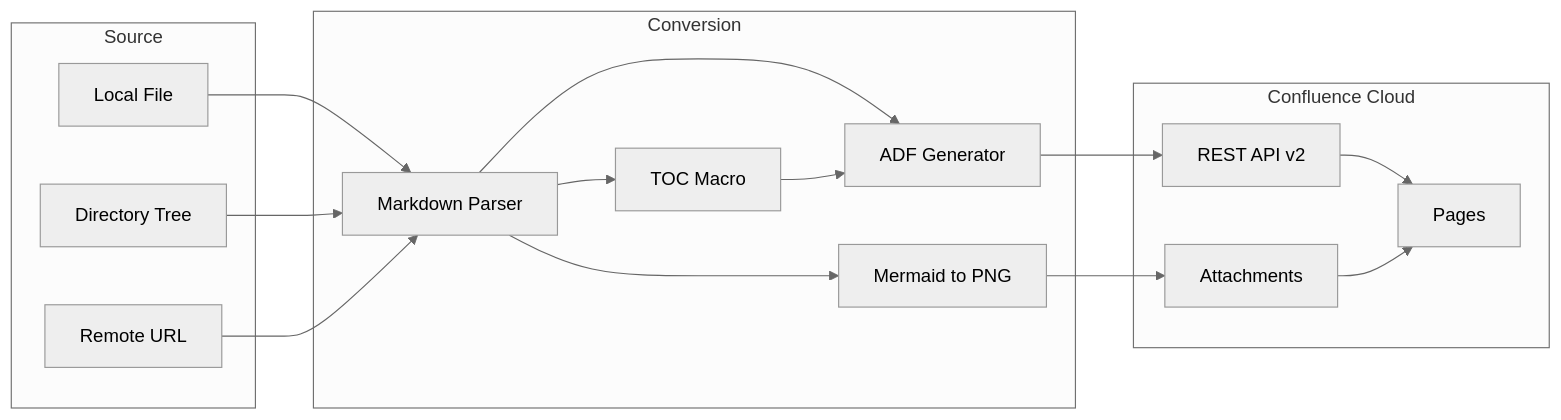
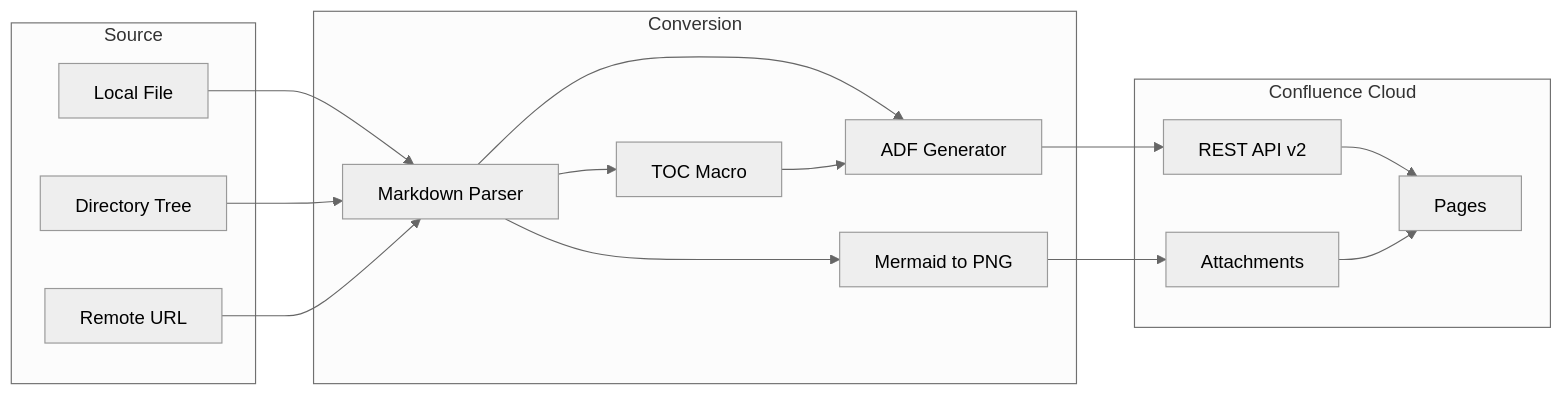
One commit to sujeet-pro/sujeet-pro.github.io changed the diagram in content/projects/md2cf/architecture.mermaid. Above: the diagram before and after it, drawn with Mermaid (neutral theme). The commit also changed 89 other files, not shown here.

```diff
--- a/content/projects/md2cf/architecture.mermaid
+++ b/content/projects/md2cf/architecture.mermaid
@@ -1,31 +1,32 @@
+%%{init: {'htmlLabels': false}}%%
 graph LR
   subgraph Source["Source"]
     File["Local File"]
     Dir["Directory Tree"]
     URL["Remote URL"]
   end
 
   subgraph Convert["Conversion"]
     Parse["Markdown Parser"]
     ADF["ADF Generator"]
     MermaidRender["Mermaid to PNG"]
     TOC["TOC Macro"]
   end
 
   subgraph Publish["Confluence Cloud"]
     API["REST API v2"]
     Pages["Pages"]
     Attach["Attachments"]
   end
 
   File --> Parse
   Dir --> Parse
   URL --> Parse
   Parse --> ADF
   Parse --> MermaidRender
   Parse --> TOC
   ADF --> API
   MermaidRender --> Attach
   TOC --> ADF
   API --> Pages
   Attach --> Pages
```
